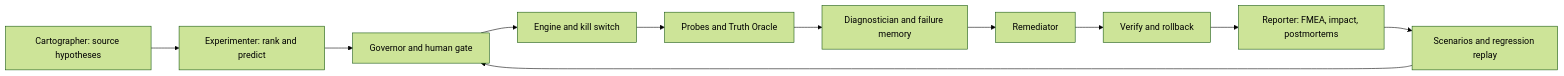
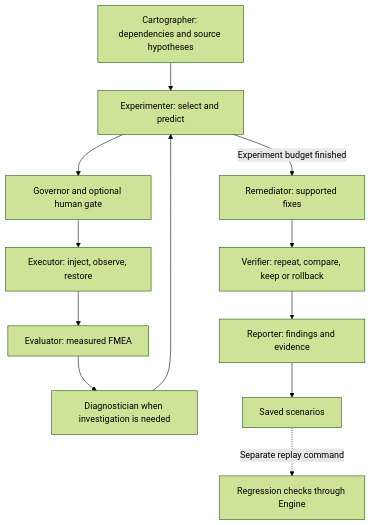
Before and after one commit to arthambansal/bosch_hack: the diagram in README.md, drawn with Mermaid (forest theme). The commit also changed other lines of this file, not shown here.

````diff
--- a/README.md
+++ b/README.md
@@ -108,13 +39,14 @@
 ```mermaid
-flowchart LR
-  C[Cartographer: source hypotheses] --> E[Experimenter: rank and predict]
-  E --> G[Governor and human gate]
-  G --> X[Engine and kill switch]
-  X --> O[Probes and Truth Oracle]
-  O --> D[Diagnostician and failure memory]
-  D --> M[Remediator]
-  M --> V[Verify and rollback]
-  V --> R[Reporter: FMEA, impact, postmortems]
-  R --> S[Scenarios and regression replay]
-  S --> G
+flowchart TD
+  C[Cartographer: dependencies and source hypotheses] --> E[Experimenter: select and predict]
+  E --> G[Governor and optional human gate]
+  G --> X[Executor: inject, observe, restore]
+  X --> V[Evaluator: measured FMEA]
+  V --> D[Diagnostician when investigation is needed]
+  D --> E
+  E -->|Experiment budget finished| M[Remediator: supported fixes]
+  M --> T[Verifier: repeat, compare, keep or rollback]
+  T --> R[Reporter: findings and evidence]
+  R --> S[Saved scenarios]
+  S -. Separate replay command .-> Q[Regression checks through Engine]
 ```
````
